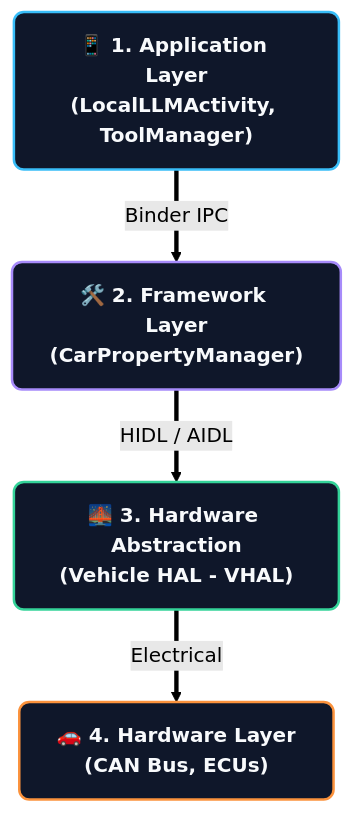
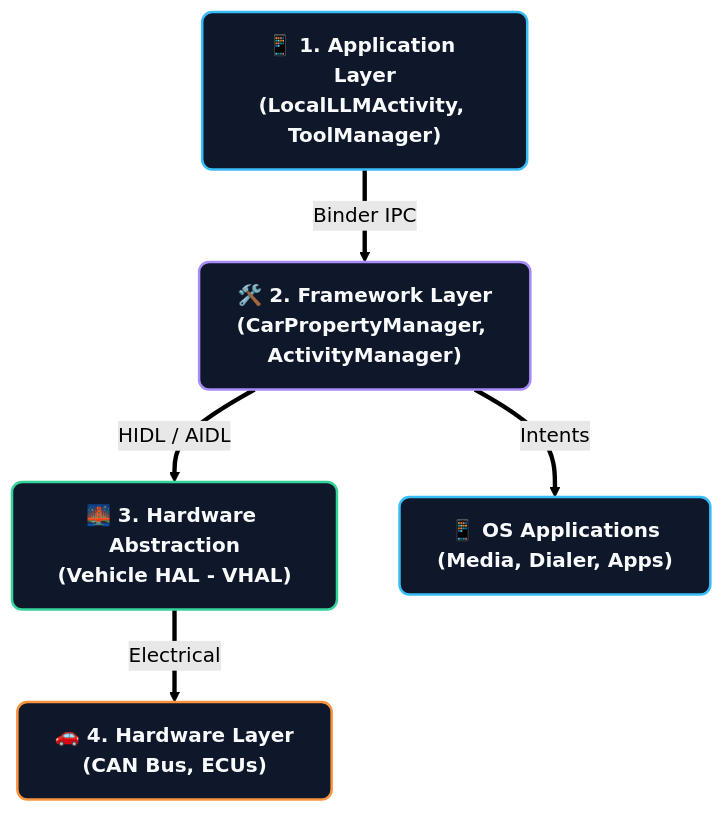
One commit to hemangpandhi/ai-assistant changed the third of 4 diagrams in ARCHITECTURE.md. Above: the diagram before and after it, drawn with Mermaid (forest theme). The commit also changed other lines of this file, not shown here.

Commit message:
docs: add standard intent media and telecom routing to architecture diagrams

````diff
--- a/ARCHITECTURE.md
+++ b/ARCHITECTURE.md
@@ -115,16 +129,18 @@
 ```mermaid
 flowchart TD
     classDef app fill:#0F172A,stroke:#38BDF8,stroke-width:2px,color:#F8FAFC,rx:8px,ry:8px,font-weight:bold;
     classDef fw fill:#0F172A,stroke:#A78BFA,stroke-width:2px,color:#F8FAFC,rx:8px,ry:8px,font-weight:bold;
     classDef hal fill:#0F172A,stroke:#34D399,stroke-width:2px,color:#F8FAFC,rx:8px,ry:8px,font-weight:bold;
     classDef hw fill:#0F172A,stroke:#FB923C,stroke-width:2px,color:#F8FAFC,rx:8px,ry:8px,font-weight:bold;
 
     APP["📱 1. Application Layer<br/>(LocalLLMActivity, ToolManager)"]:::app
-    FW["🛠️ 2. Framework Layer<br/>(CarPropertyManager)"]:::fw
+    FW["🛠️ 2. Framework Layer<br/>(CarPropertyManager, ActivityManager)"]:::fw
     HAL["🌉 3. Hardware Abstraction<br/>(Vehicle HAL - VHAL)"]:::hal
     HW["🚗 4. Hardware Layer<br/>(CAN Bus, ECUs)"]:::hw
+    SYS_APP["📱 OS Applications<br/>(Media, Dialer, Apps)"]:::app
 
     APP ==>|"Binder IPC"| FW
     FW ==>|"HIDL / AIDL"| HAL
     HAL ==>|"Electrical"| HW
+    FW ==>|"Intents"| SYS_APP
 ```
````
